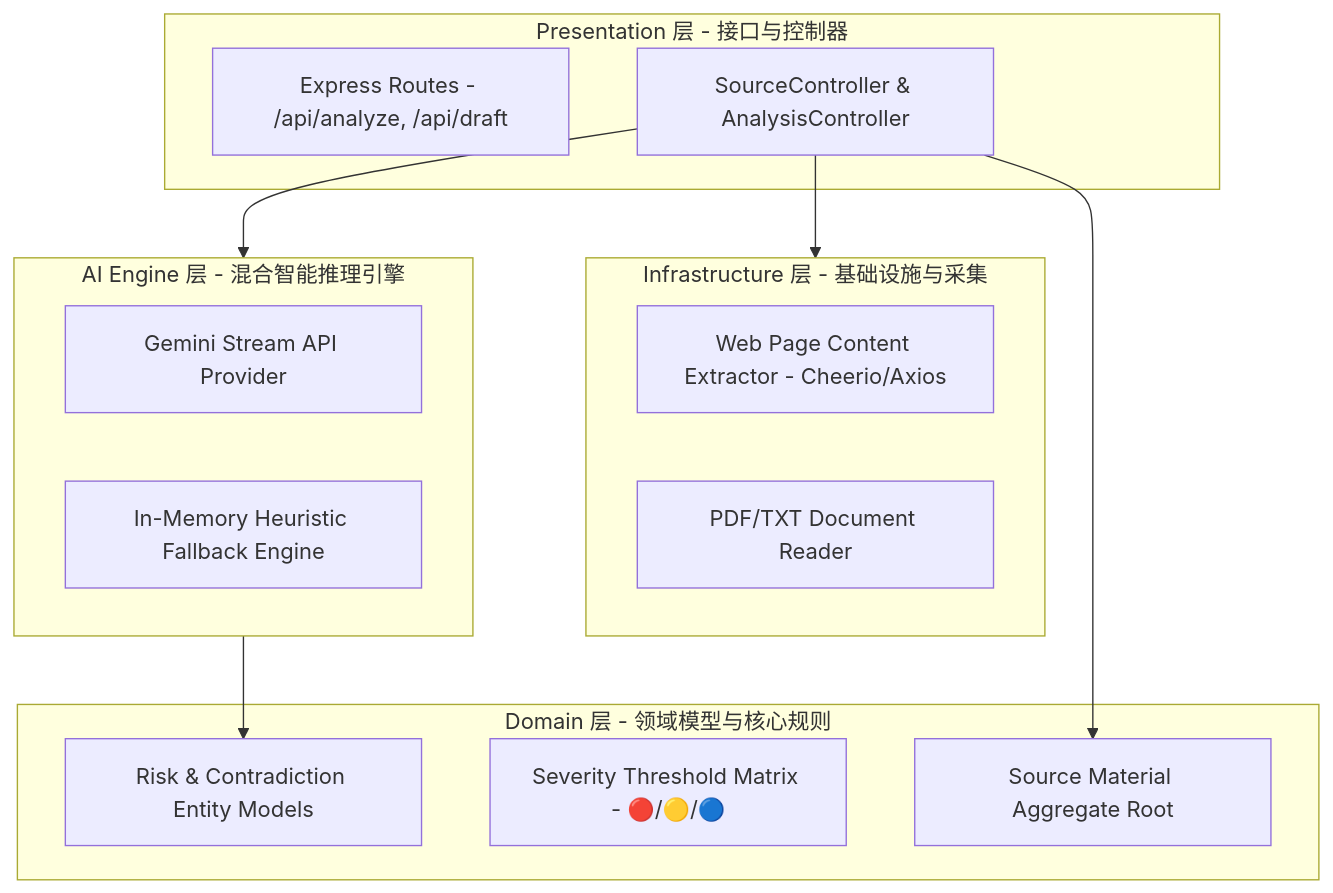
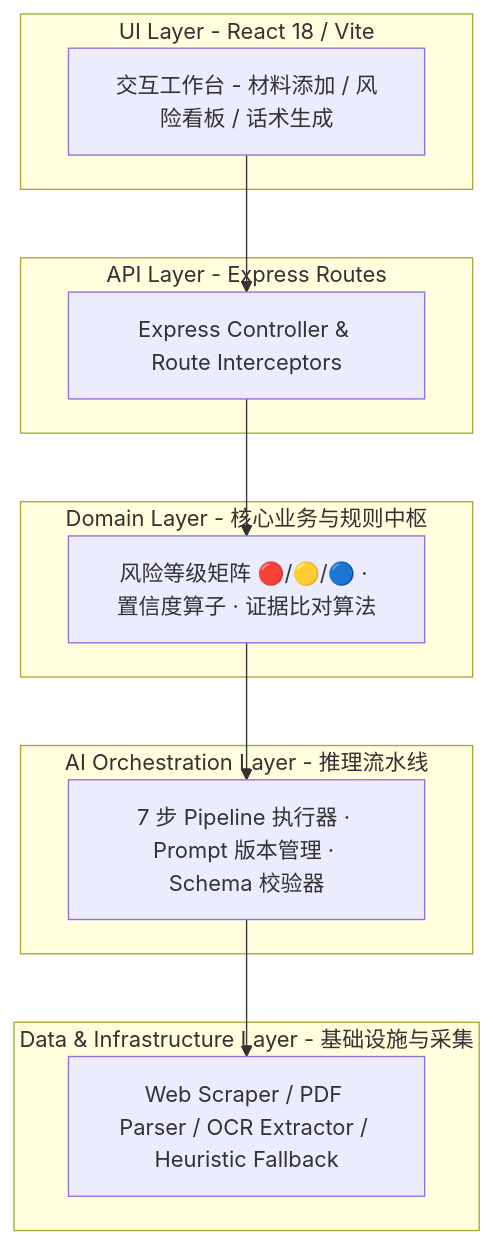
One commit to MeiSiristhebest/youju changed the first of 3 diagrams in README.md. Above: the diagram before and after it, drawn with Mermaid. The commit also changed other lines of this file, not shown here.

Commit message:
Refined README.md for youju with TRAE contest background, 5-layer decoupled architecture, 7-step transparent AI pipeline, and bilingual support.

````diff
--- a/README.md
+++ b/README.md
@@ -26,28 +28,27 @@
 ```mermaid
 graph TD
-    subgraph PresentationLayer [Presentation 层 - 接口与控制器]
-        Routes[Express Routes - /api/analyze, /api/draft]
-        Controllers[SourceController & AnalysisController]
+    subgraph Layer1 [UI Layer - React 18 / Vite]
+        UI[交互工作台 - 材料添加 / 风险看板 / 话术生成]
     end
 
-    subgraph DomainLayer [Domain 层 - 领域模型与核心规则]
-        RiskEntity[Risk & Contradiction Entity Models]
-        SeverityRules[Severity Threshold Matrix - 🔴/🟡/🔵]
-        SourceAggregate[Source Material Aggregate Root]
+    subgraph Layer2 [API Layer - Express Routes]
+        API[Express Controller & Route Interceptors]
     end
 
-    subgraph InfrastructureLayer [Infrastructure 层 - 基础设施与采集]
-        WebScraper[Web Page Content Extractor - Cheerio/Axios]
-        FileParser[PDF/TXT Document Reader]
+    subgraph Layer3 [Domain Layer - 核心业务与规则中枢]
+        Domain[风险等级矩阵 🔴/🟡/🔵 · 置信度算子 · 证据比对算法]
     end
 
-    subgraph AILayer [AI Engine 层 - 混合智能推理引擎]
-        GeminiProvider[Gemini Stream API Provider]
-        RuleEngine[In-Memory Heuristic Fallback Engine]
+    subgraph Layer4 [AI Orchestration Layer - 推理流水线]
+        Orchestration[7 步 Pipeline 执行器 · Prompt 版本管理 · Schema 校验器]
     end
 
-    Controllers --> SourceAggregate
-    Controllers --> AILayer
-    AILayer --> RiskEntity
-    Controllers --> InfrastructureLayer
+    subgraph Layer5 [Data & Infrastructure Layer - 基础设施与采集]
+        Data[Web Scraper / PDF Parser / OCR Extractor / Heuristic Fallback]
+    end
+
+    UI --> API
+    API --> Domain
+    Domain --> Orchestration
+    Orchestration --> Data
 ```
````
